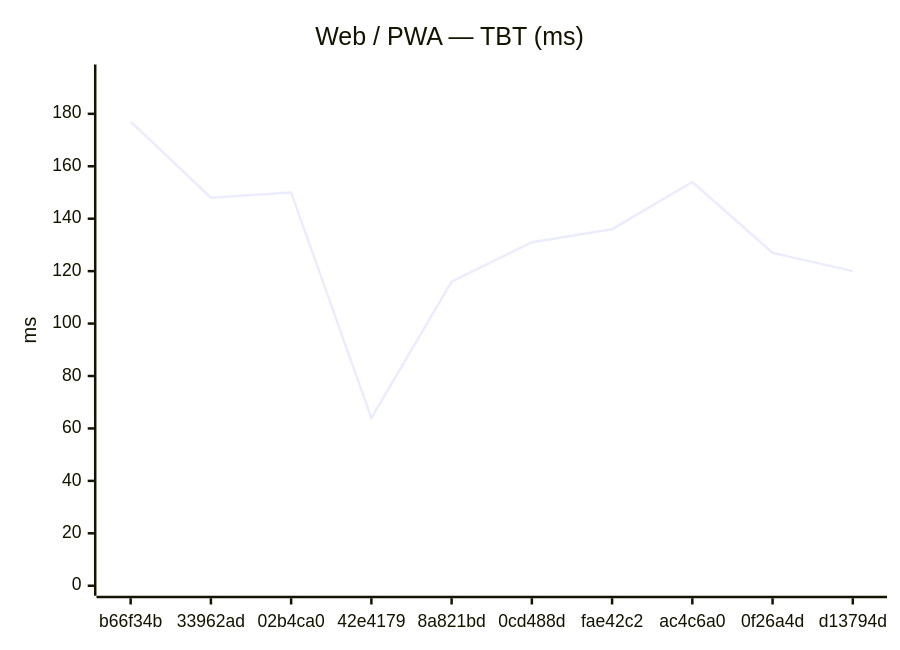
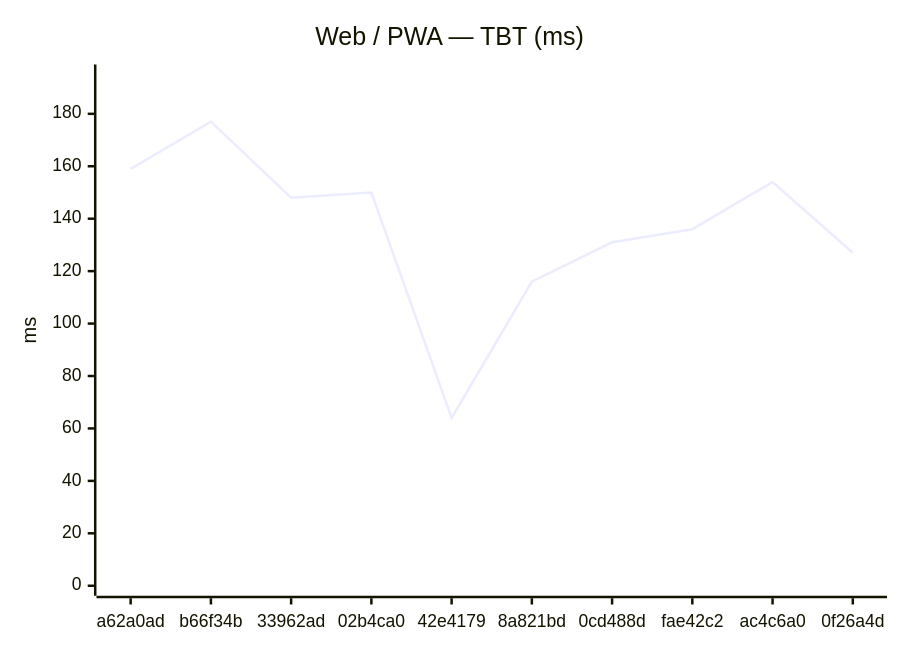
One commit to Metaheurist/Rianell changed the second of 18 diagrams in benchmarks/compare.md. Above: the diagram before and after it, drawn with Mermaid. The commit also changed other lines of this file and 11 other files, not shown here.

````diff
--- a/benchmarks/compare.md
+++ b/benchmarks/compare.md
@@ -31,7 +31,7 @@
 ```mermaid
 xychart-beta
     title "Web / PWA — TBT (ms)"
-    x-axis ["b66f34b", "33962ad", "02b4ca0", "42e4179", "8a821bd", "0cd488d", "fae42c2", "ac4c6a0", "0f26a4d", "d13794d"]
+    x-axis ["a62a0ad", "b66f34b", "33962ad", "02b4ca0", "42e4179", "8a821bd", "0cd488d", "fae42c2", "ac4c6a0", "0f26a4d"]
     y-axis "ms" 0 --> 195
-    line [177, 148, 150, 64, 116, 131, 136, 154, 127, 120]
+    line [159, 177, 148, 150, 64, 116, 131, 136, 154, 127]
 ```
````
